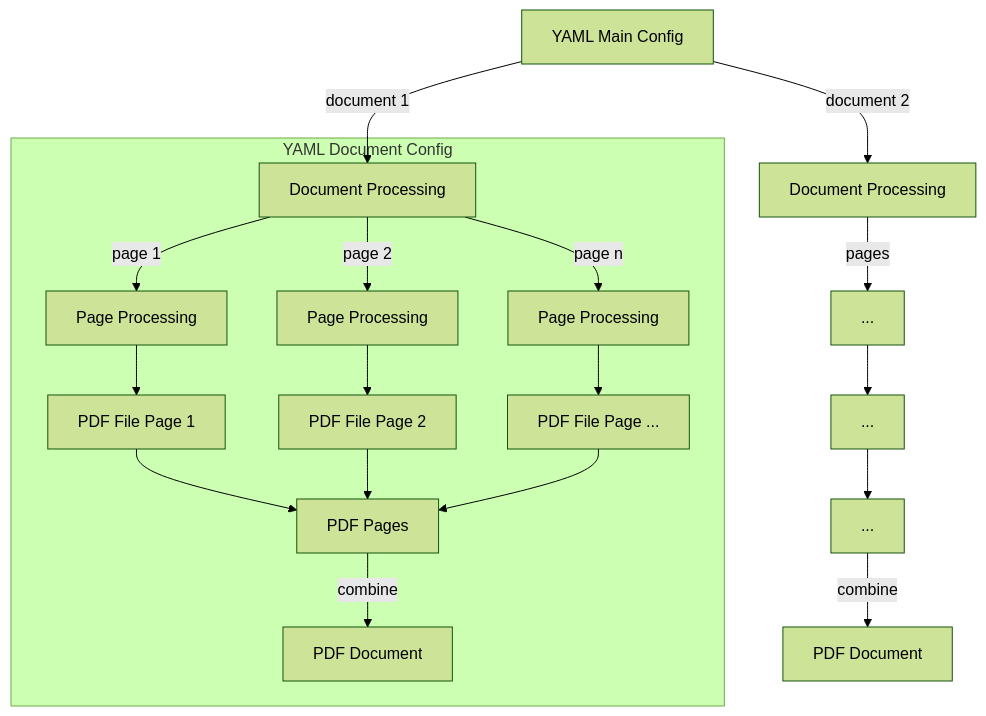
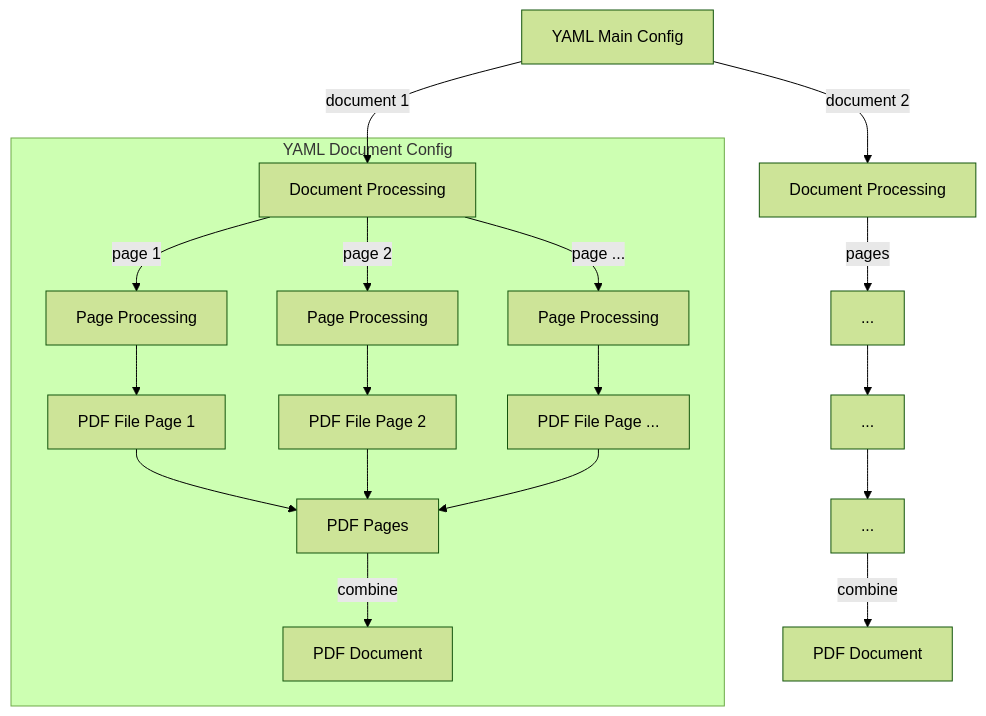
Before and after one commit to pythonnz/pdfbaker: the first of 3 diagrams in docs/overview.md, drawn with Mermaid (forest theme).

Commit message:
Minor clarification

````diff
--- a/docs/overview.md
+++ b/docs/overview.md
@@ -26,26 +26,26 @@
 ```mermaid
 flowchart TD
     Main[YAML Main Config] -->|document 1| Doc1[Document Processing]
     Main -->|document 2| Doc2[Document Processing]
 
     subgraph Document[YAML Document Config]
         Doc1 -->|page 1| Page1[Page Processing]
         Doc1 -->|page 2| Page2[Page Processing]
-        Doc1 -->|page n| PageN[Page Processing]
+        Doc1 -->|page ...| PageN[Page Processing]
         
         Page1 --> PDF1[PDF File Page 1]
         Page2 --> PDF2[PDF File Page 2]
         PageN --> PDFN[PDF File Page ...]
 
         PDF1 --> PDF[PDF Pages]
         PDF2 --> PDF[PDF Pages]
         PDFN --> PDF[PDF Pages]
 
         PDF -->|combine| PDFDocument[PDF Document]
     end
 
     Doc2 -->|pages| Doc2PageProcessing[...]
     Doc2PageProcessing --> Doc2PageFile[...]
     Doc2PageFile --> Doc2Pages[...]
     Doc2Pages -->|combine| Doc2PDFDocument[PDF Document]
 ```
````
